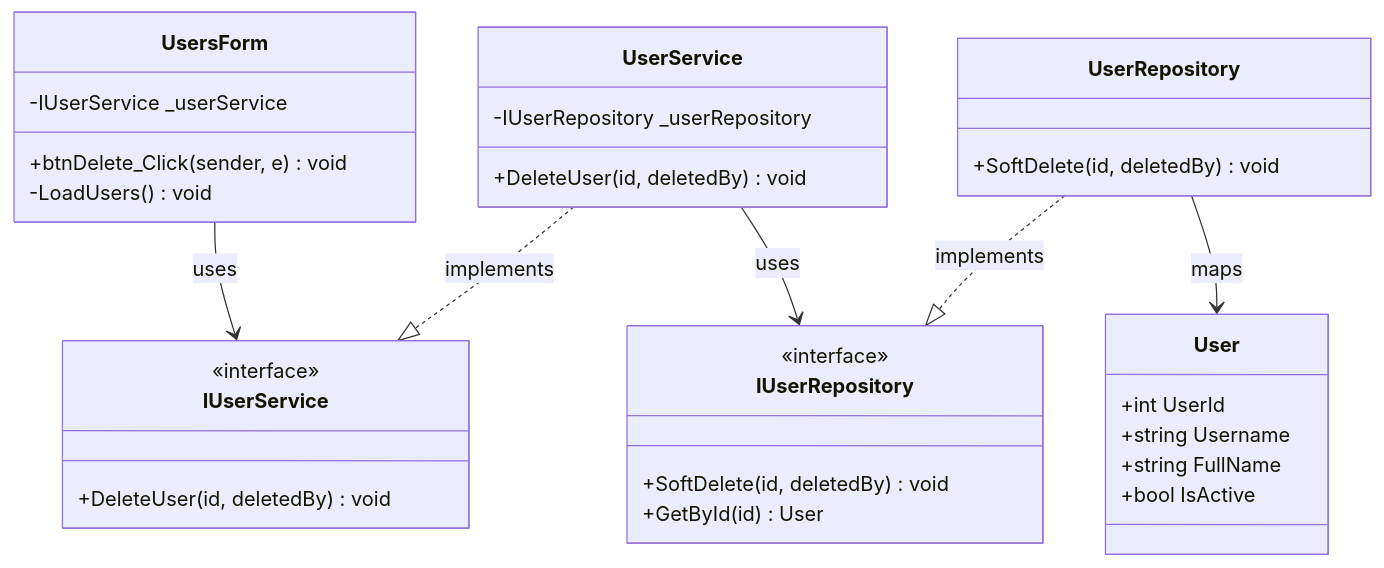
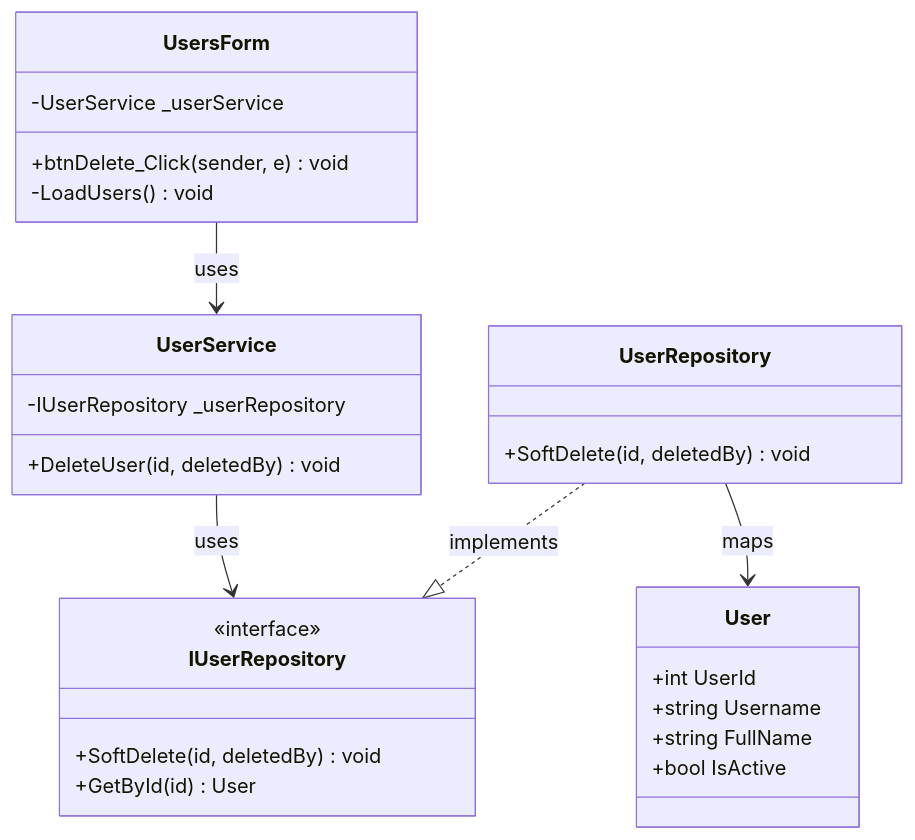
One commit to nahuk86/tp_diploma_nk_2026 changed the seventh of 18 diagrams in Documentation/UML_Diagrams/19_Users_UseCases.md. Above: the diagram before and after it, drawn with Mermaid. The commit also changed other lines of this file and 1 other file, not shown here.

First line of the commit message:
docs: remove non-existent IUserService and IRoleService interface references

````diff
--- a/Documentation/UML_Diagrams/19_Users_UseCases.md
+++ b/Documentation/UML_Diagrams/19_Users_UseCases.md
@@ -332,41 +313,35 @@
 ```mermaid
 classDiagram
     class UsersForm {
-        -IUserService _userService
+        -UserService _userService
         +btnDelete_Click(sender, e) void
         -LoadUsers() void
-    }
-
-    class IUserService {
-        <<interface>>
-        +DeleteUser(id, deletedBy) void
     }
 
     class UserService {
         -IUserRepository _userRepository
         +DeleteUser(id, deletedBy) void
     }
 
     class IUserRepository {
         <<interface>>
         +SoftDelete(id, deletedBy) void
         +GetById(id) User
     }
 
     class UserRepository {
         +SoftDelete(id, deletedBy) void
     }
 
     class User {
         +int UserId
         +string Username
         +string FullName
         +bool IsActive
     }
 
-    UsersForm --> IUserService : uses
-    UserService ..|> IUserService : implements
+    UsersForm --> UserService : uses
     UserService --> IUserRepository : uses
     UserRepository ..|> IUserRepository : implements
     UserRepository --> User : maps
 ```
````
